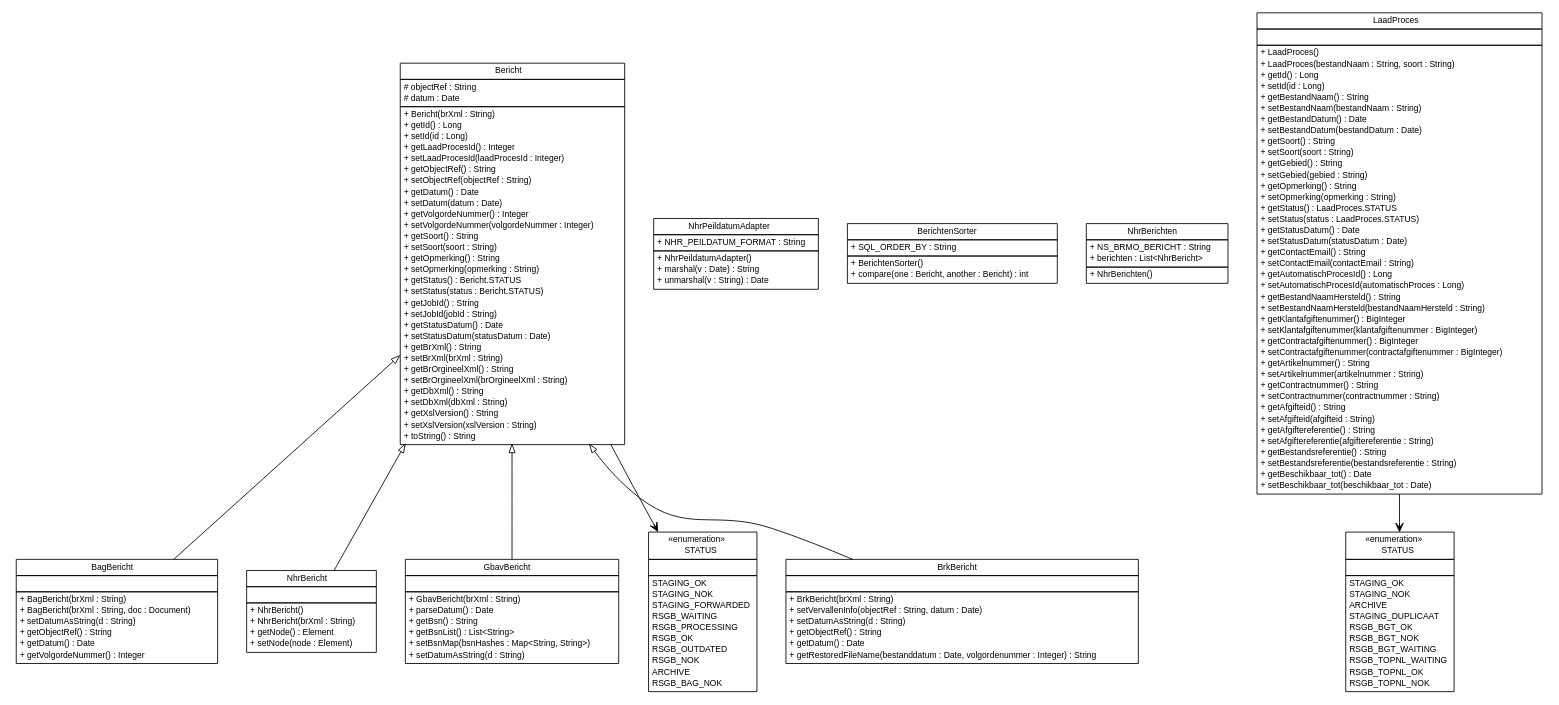
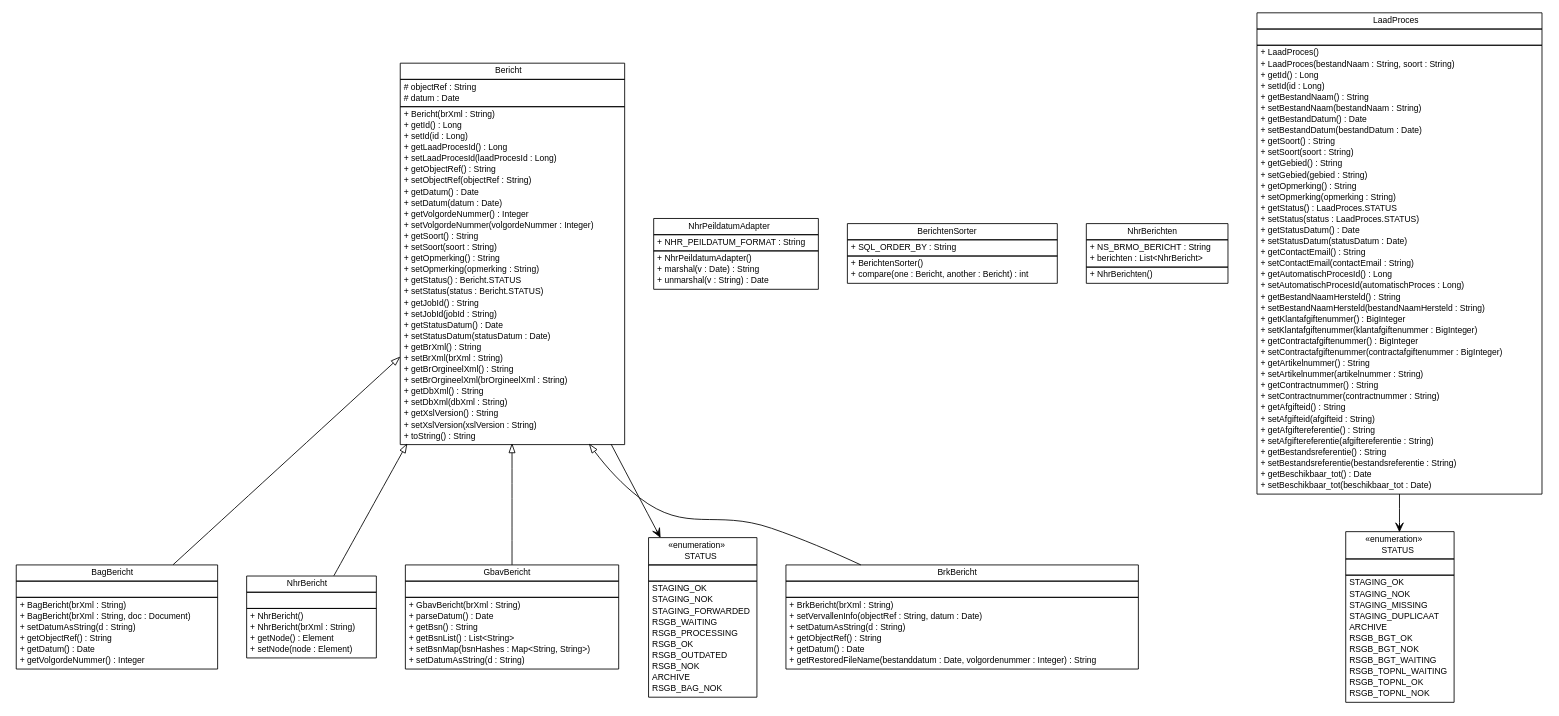
One commit to B3Partners/brmo changed the diagram in brmo-loader/apidocs/nl/b3p/brmo/loader/entity/nl.b3p.brmo.loader.entity.dot. Above: the diagram before and after it, drawn with Graphviz. The commit also changed 5920 other files, not shown here.

```diff
--- a/brmo-loader/apidocs/nl/b3p/brmo/loader/entity/nl.b3p.brmo.loader.entity.dot
+++ b/brmo-loader/apidocs/nl/b3p/brmo/loader/entity/nl.b3p.brmo.loader.entity.dot
@@ -111,8 +111,8 @@
 <tr><td align="left" balign="left"> + Bericht(brXml : String) </td></tr>
 <tr><td align="left" balign="left"> + getId() : Long </td></tr>
 <tr><td align="left" balign="left"> + setId(id : Long) </td></tr>
-<tr><td align="left" balign="left"> + getLaadProcesId() : Integer </td></tr>
-<tr><td align="left" balign="left"> + setLaadProcesId(laadProcesId : Integer) </td></tr>
+<tr><td align="left" balign="left"> + getLaadProcesId() : Long </td></tr>
+<tr><td align="left" balign="left"> + setLaadProcesId(laadProcesId : Long) </td></tr>
 <tr><td align="left" balign="left"> + getObjectRef() : String </td></tr>
 <tr><td align="left" balign="left"> + setObjectRef(objectRef : String) </td></tr>
 <tr><td align="left" balign="left"> + getDatum() : Date </td></tr>
@@ -242,8 +242,9 @@
 		<tr><td><table border="0" cellspacing="0" cellpadding="1">
 <tr><td align="left" balign="left"> STAGING_OK </td></tr>
 <tr><td align="left" balign="left"> STAGING_NOK </td></tr>
+<tr><td align="left" balign="left"> STAGING_MISSING </td></tr>
+<tr><td align="left" balign="left"> STAGING_DUPLICAAT </td></tr>
 <tr><td align="left" balign="left"> ARCHIVE </td></tr>
-<tr><td align="left" balign="left"> STAGING_DUPLICAAT </td></tr>
 <tr><td align="left" balign="left"> RSGB_BGT_OK </td></tr>
 <tr><td align="left" balign="left"> RSGB_BGT_NOK </td></tr>
 <tr><td align="left" balign="left"> RSGB_BGT_WAITING </td></tr>
```
